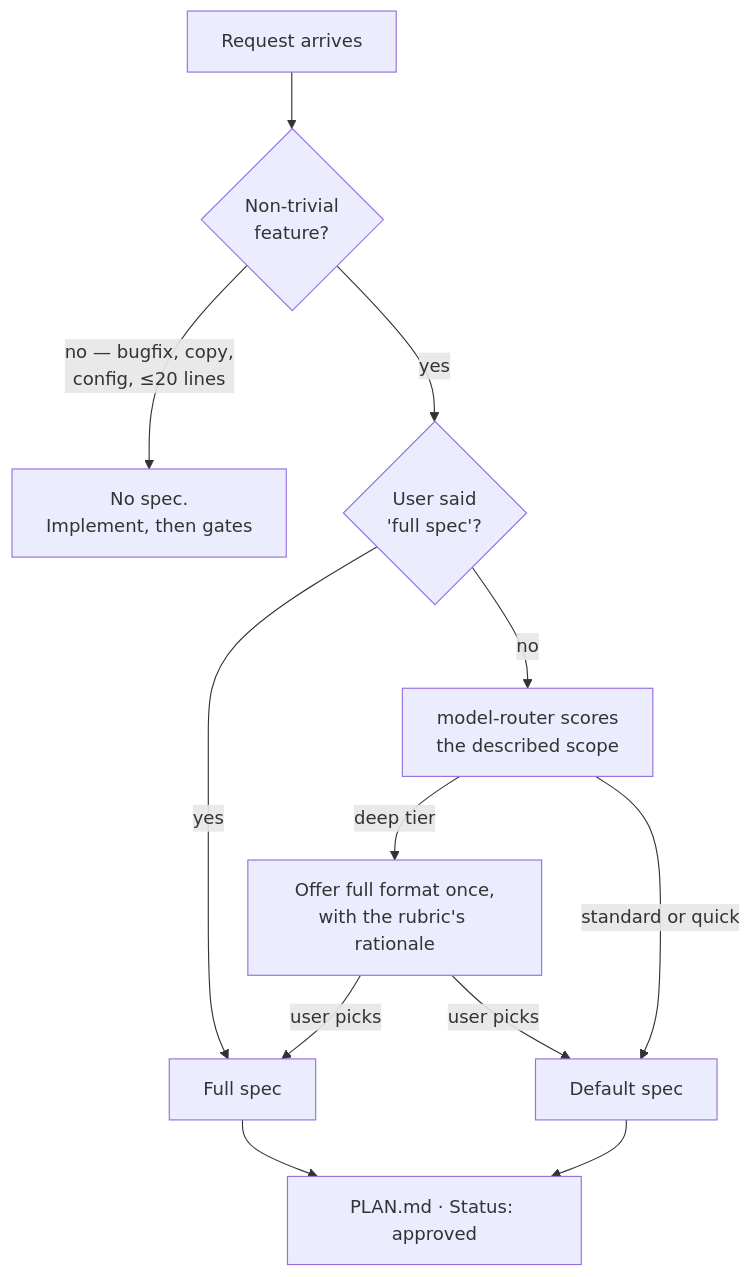
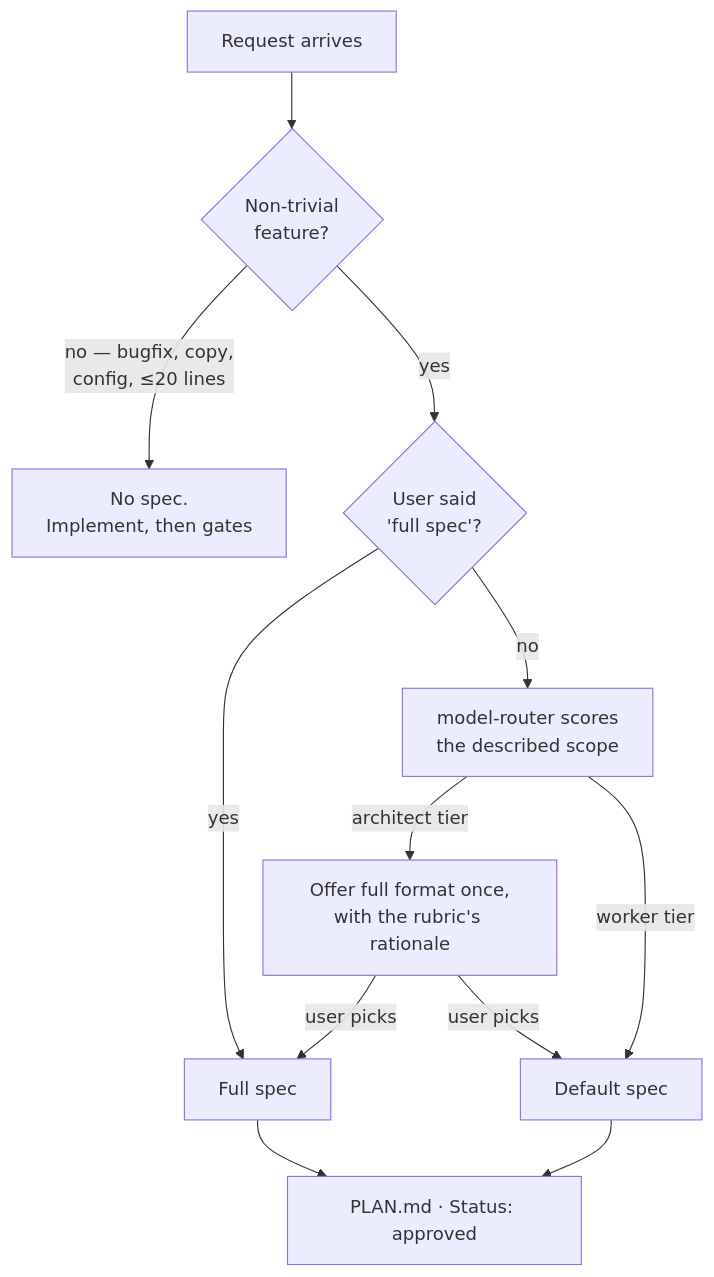
One commit to tammai/bigin-skills changed the diagram in docs/SPEC-GATE.md. Above: the diagram before and after it, drawn with Mermaid. The commit also changed other lines of this file and 34 other files, not shown here.

````diff
--- a/docs/SPEC-GATE.md
+++ b/docs/SPEC-GATE.md
@@ -92,14 +92,14 @@
 ```mermaid
 flowchart TD
     A["Request arrives"] --> B{"Non-trivial<br/>feature?"}
     B -->|"no — bugfix, copy,<br/>config, ≤20 lines"| S["No spec.<br/>Implement, then gates"]
     B -->|yes| C{"User said<br/>'full spec'?"}
     C -->|yes| F["Full spec"]
     C -->|no| D["model-router scores<br/>the described scope"]
-    D -->|"deep tier"| E["Offer full format once,<br/>with the rubric's rationale"]
-    D -->|"standard or quick"| G["Default spec"]
+    D -->|"architect tier"| E["Offer full format once,<br/>with the rubric's rationale"]
+    D -->|"worker tier"| G["Default spec"]
     E -->|user picks| F
     E -->|user picks| G
     F --> P["PLAN.md · Status: approved"]
     G --> P
 ```
````
